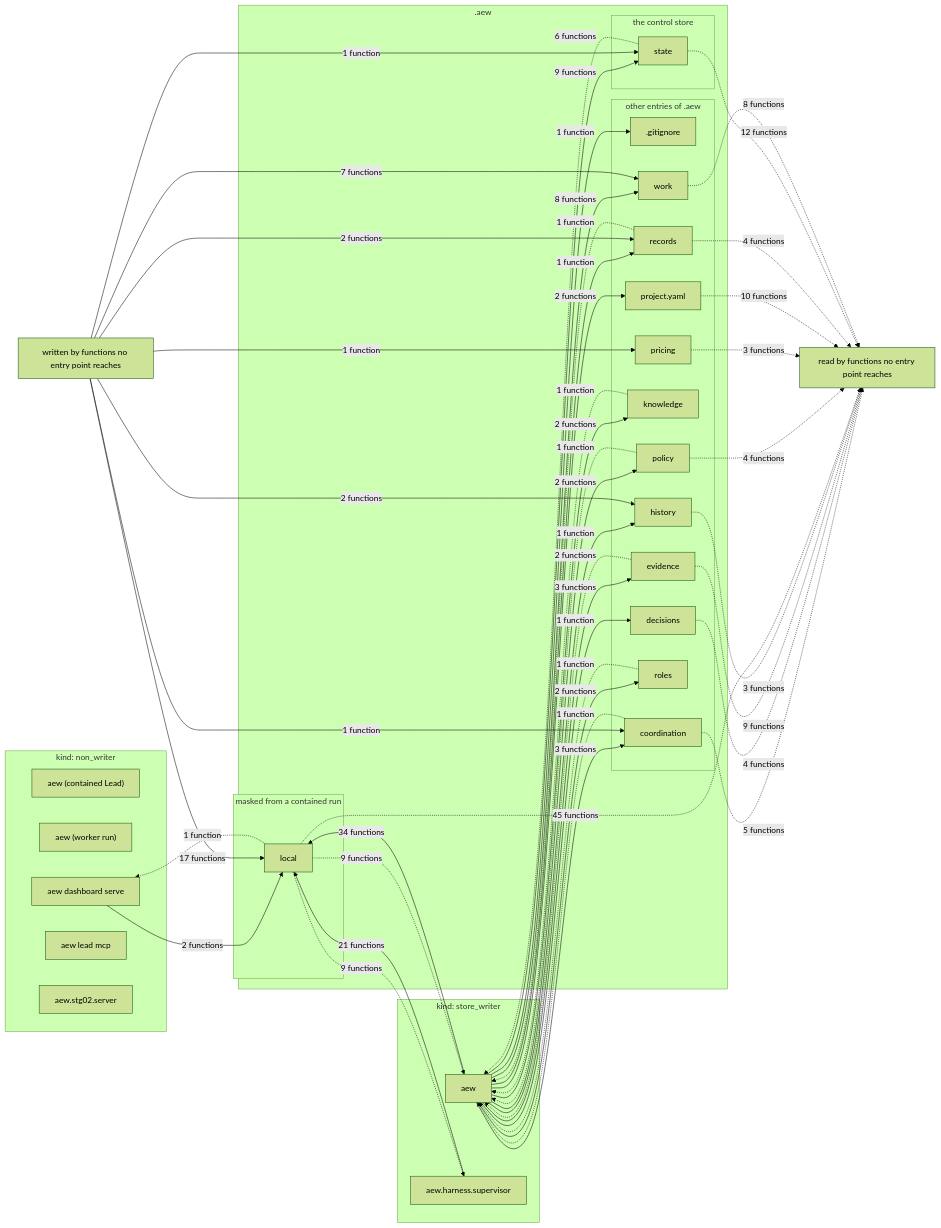
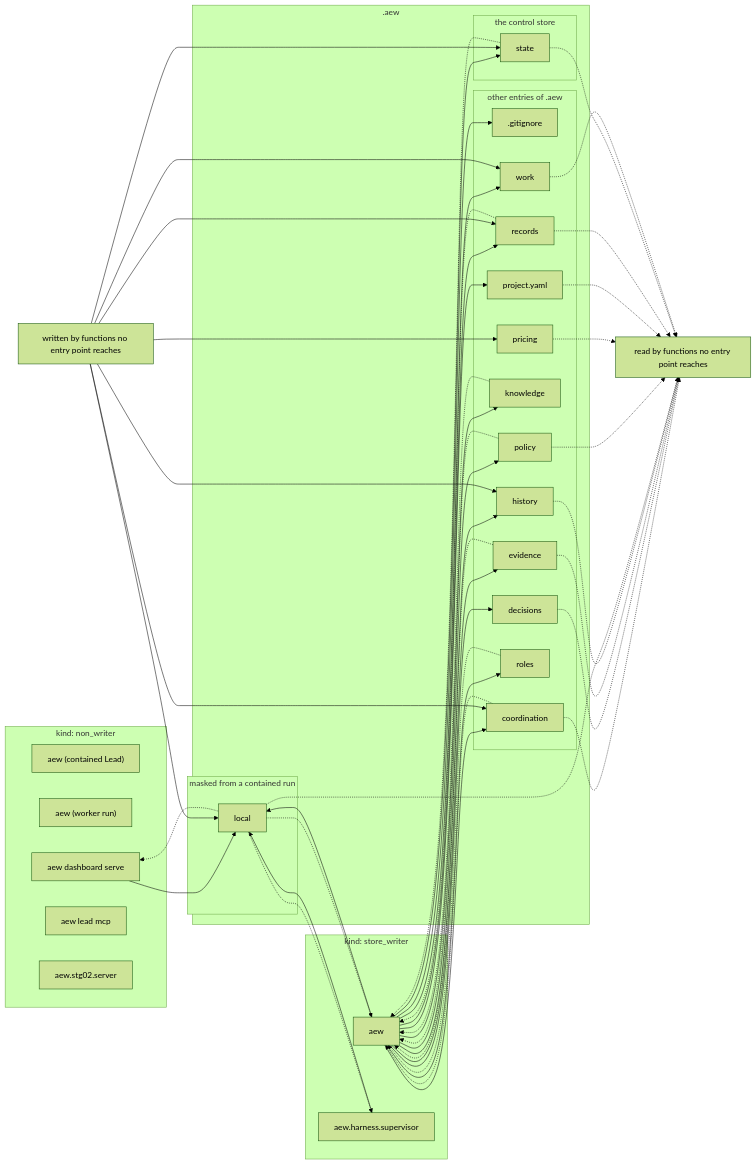
Before and after one commit to JonSmithTLT/Agentic-Engineering-Workflow: the diagram in docs/reference/data-flow.md, drawn with Mermaid (forest theme). The commit also changed other lines of this file and 19 other files, not shown here.

````diff
--- a/docs/reference/data-flow.md
+++ b/docs/reference/data-flow.md
@@ -5,81 +5,81 @@
 ```mermaid
 flowchart LR
     subgraph kind_non_writer["kind: non_writer"]
         proc_aew_contained_lead["aew (contained Lead)"]
         proc_aew_worker_run["aew (worker run)"]
         proc_aew_dashboard_serve["aew dashboard serve"]
         proc_aew_lead_mcp["aew lead mcp"]
         proc_aew_stg02_server["aew.stg02.server"]
     end
     subgraph kind_store_writer["kind: store_writer"]
         proc_aew["aew"]
         proc_aew_harness_supervisor["aew.harness.supervisor"]
     end
     subgraph aew_dir[".aew"]
         subgraph group_store["the control store"]
             path_state["state"]
         end
         subgraph group_masked["masked from a contained run"]
             path_local["local"]
         end
         subgraph group_other["other entries of .aew"]
             path_gitignore[".gitignore"]
             path_coordination["coordination"]
             path_decisions["decisions"]
             path_evidence["evidence"]
             path_history["history"]
             path_knowledge["knowledge"]
             path_policy["policy"]
             path_pricing["pricing"]
             path_project_yaml["project.yaml"]
             path_records["records"]
             path_roles["roles"]
             path_work["work"]
         end
     end
     no_writer["written by functions no entry point reaches"]
     no_reader["read by functions no entry point reaches"]
-    proc_aew -->|"1 function"| path_gitignore
-    proc_aew -->|"3 functions"| path_coordination
-    proc_aew -->|"1 function"| path_decisions
-    proc_aew -->|"3 functions"| path_evidence
-    proc_aew -->|"1 function"| path_history
-    proc_aew -->|"2 functions"| path_knowledge
-    proc_aew -->|"34 functions"| path_local
-    proc_aew -->|"2 functions"| path_policy
-    proc_aew -->|"2 functions"| path_project_yaml
-    proc_aew -->|"1 function"| path_records
-    proc_aew -->|"2 functions"| path_roles
-    proc_aew -->|"9 functions"| path_state
-    proc_aew -->|"8 functions"| path_work
-    proc_aew_dashboard_serve -->|"2 functions"| path_local
-    proc_aew_harness_supervisor -->|"21 functions"| path_local
-    no_writer -->|"1 function"| path_coordination
-    no_writer -->|"2 functions"| path_history
-    no_writer -->|"17 functions"| path_local
-    no_writer -->|"1 function"| path_pricing
-    no_writer -->|"2 functions"| path_records
-    no_writer -->|"1 function"| path_state
-    no_writer -->|"7 functions"| path_work
-    path_coordination -.->|"1 function"| proc_aew
-    path_evidence -.->|"2 functions"| proc_aew
-    path_knowledge -.->|"1 function"| proc_aew
-    path_local -.->|"9 functions"| proc_aew
-    path_policy -.->|"1 function"| proc_aew
-    path_records -.->|"1 function"| proc_aew
-    path_roles -.->|"1 function"| proc_aew
-    path_state -.->|"6 functions"| proc_aew
-    path_local -.->|"1 function"| proc_aew_dashboard_serve
-    path_local -.->|"9 functions"| proc_aew_harness_supervisor
-    path_coordination -.->|"5 functions"| no_reader
-    path_decisions -.->|"4 functions"| no_reader
-    path_evidence -.->|"9 functions"| no_reader
-    path_history -.->|"3 functions"| no_reader
-    path_local -.->|"45 functions"| no_reader
-    path_policy -.->|"4 functions"| no_reader
-    path_pricing -.->|"3 functions"| no_reader
-    path_project_yaml -.->|"10 functions"| no_reader
-    path_records -.->|"4 functions"| no_reader
-    path_state -.->|"12 functions"| no_reader
-    path_work -.->|"8 functions"| no_reader
+    proc_aew --> path_gitignore
+    proc_aew --> path_coordination
+    proc_aew --> path_decisions
+    proc_aew --> path_evidence
+    proc_aew --> path_history
+    proc_aew --> path_knowledge
+    proc_aew --> path_local
+    proc_aew --> path_policy
+    proc_aew --> path_project_yaml
+    proc_aew --> path_records
+    proc_aew --> path_roles
+    proc_aew --> path_state
+    proc_aew --> path_work
+    proc_aew_dashboard_serve --> path_local
+    proc_aew_harness_supervisor --> path_local
+    no_writer --> path_coordination
+    no_writer --> path_history
+    no_writer --> path_local
+    no_writer --> path_pricing
+    no_writer --> path_records
+    no_writer --> path_state
+    no_writer --> path_work
+    path_coordination -.-> proc_aew
+    path_evidence -.-> proc_aew
+    path_knowledge -.-> proc_aew
+    path_local -.-> proc_aew
+    path_policy -.-> proc_aew
+    path_records -.-> proc_aew
+    path_roles -.-> proc_aew
+    path_state -.-> proc_aew
+    path_local -.-> proc_aew_dashboard_serve
+    path_local -.-> proc_aew_harness_supervisor
+    path_coordination -.-> no_reader
+    path_decisions -.-> no_reader
+    path_evidence -.-> no_reader
+    path_history -.-> no_reader
+    path_local -.-> no_reader
+    path_policy -.-> no_reader
+    path_pricing -.-> no_reader
+    path_project_yaml -.-> no_reader
+    path_records -.-> no_reader
+    path_state -.-> no_reader
+    path_work -.-> no_reader
 ```
````
